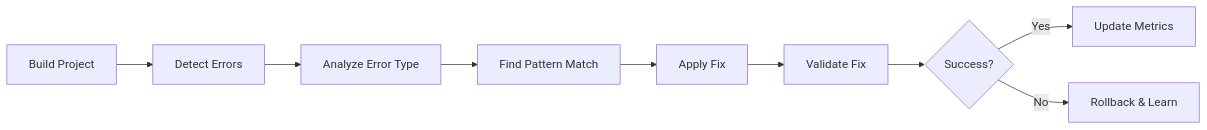
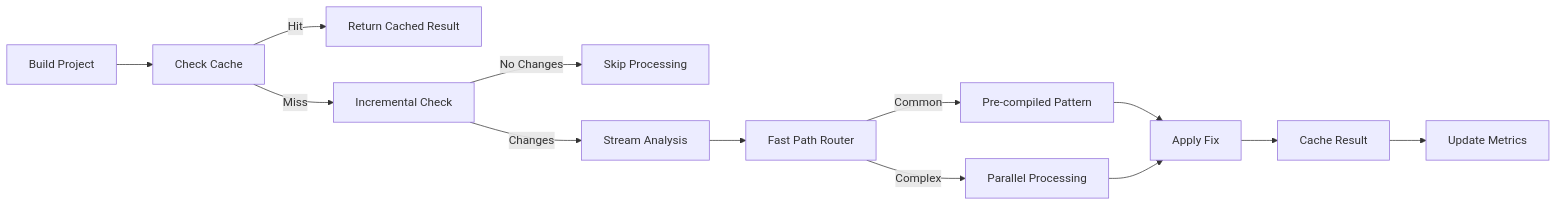
The first of 2 diagrams in BuildFixAgents/DEVELOPER_GUIDE.md (Ooples-Finance-LLC/AiDotNet), drawn with Mermaid before and after one commit. The commit also changed other lines of this file and 132 other files, not shown here.

````diff
--- a/BuildFixAgents/DEVELOPER_GUIDE.md
+++ b/BuildFixAgents/DEVELOPER_GUIDE.md
@@ -248,11 +366,15 @@
 ```mermaid
 graph LR
-    A[Build Project] --> B[Detect Errors]
-    B --> C[Analyze Error Type]
-    C --> D[Find Pattern Match]
-    D --> E[Apply Fix]
-    E --> F[Validate Fix]
-    F --> G{Success?}
-    G -->|Yes| H[Update Metrics]
-    G -->|No| I[Rollback & Learn]
+    A[Build Project] --> B[Check Cache]
+    B -->|Hit| C[Return Cached Result]
+    B -->|Miss| D[Incremental Check]
+    D -->|No Changes| E[Skip Processing]
+    D -->|Changes| F[Stream Analysis]
+    F --> G[Fast Path Router]
+    G -->|Common| H[Pre-compiled Pattern]
+    G -->|Complex| I[Parallel Processing]
+    H --> J[Apply Fix]
+    I --> J
+    J --> K[Cache Result]
+    K --> L[Update Metrics]
 ```
````
